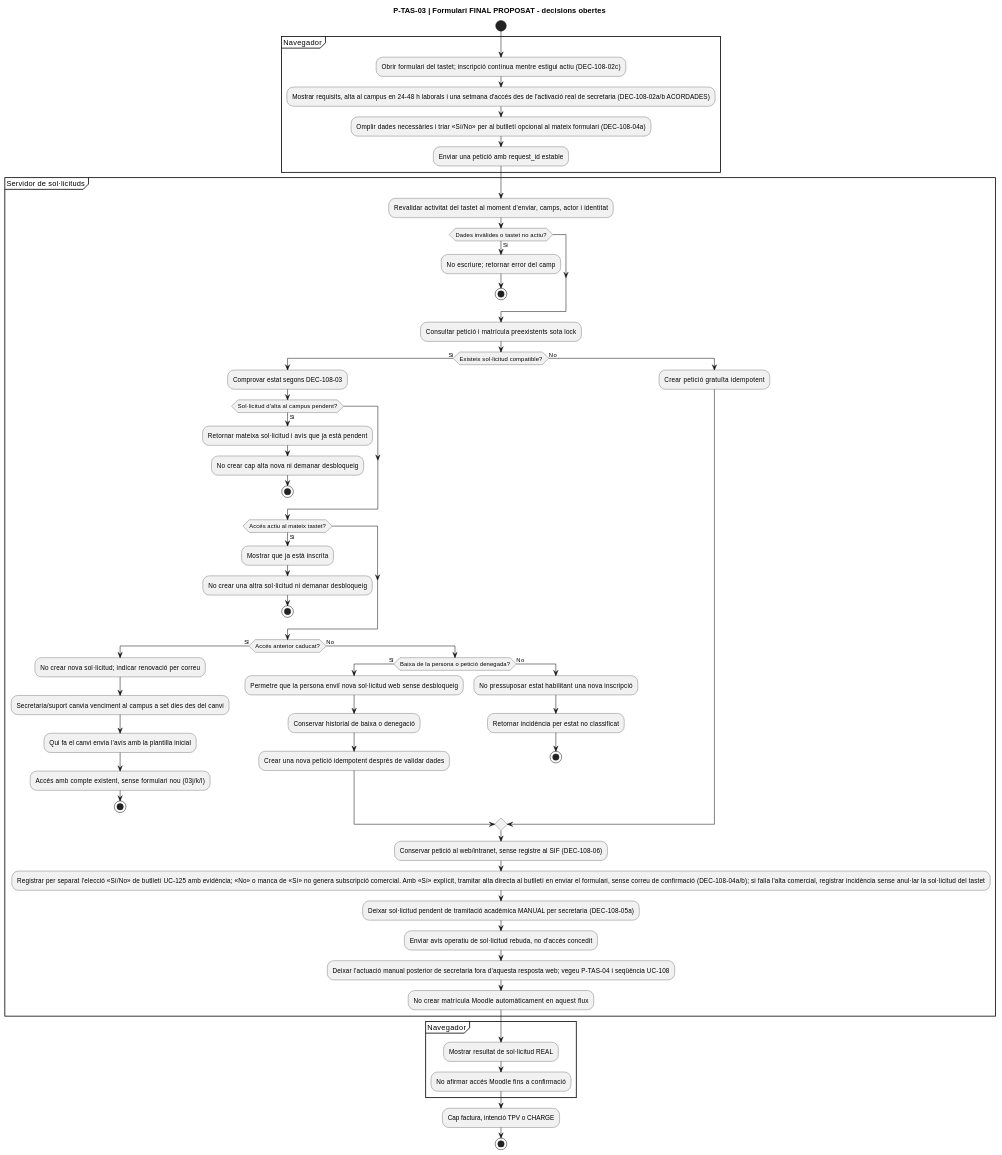
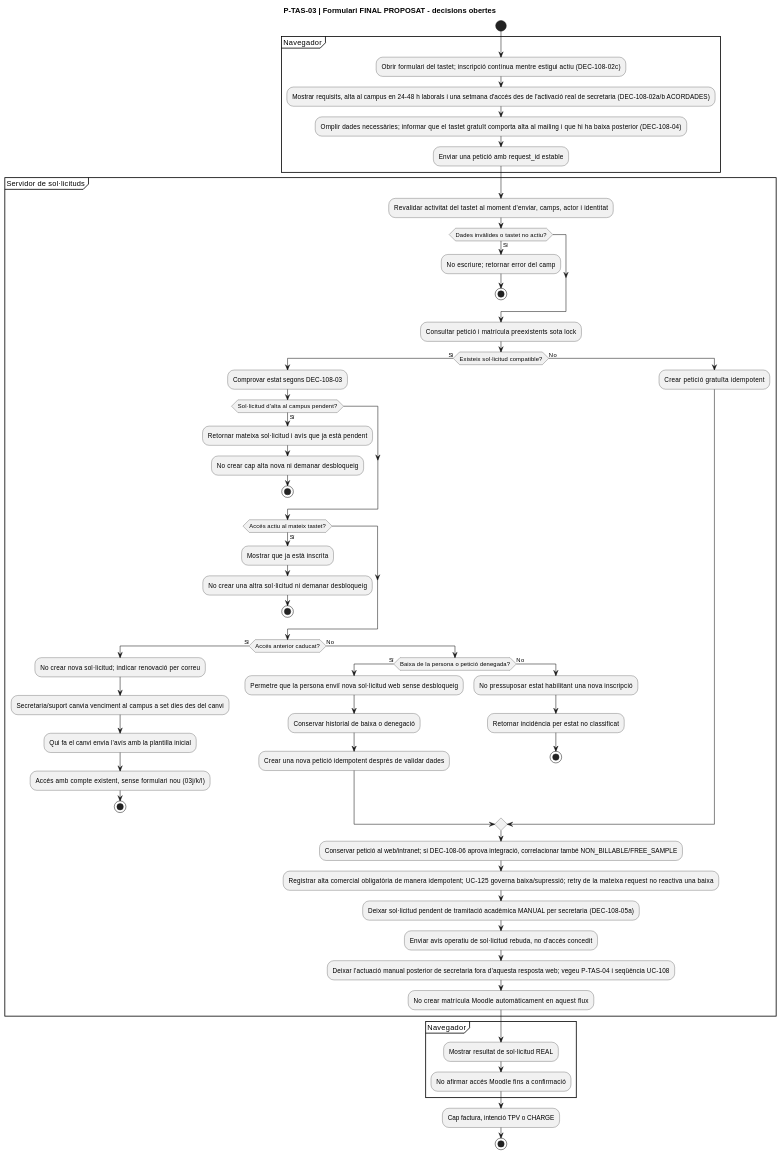
Diagram 16 of 32 in documentacio/07-uml-integrat/uc-108-activitats-pagines-tastets-actual-final.md (orgmeriemprismacat-del/verifactu), drawn with PlantUML before and after one commit. The commit also changed other lines of this file, not shown here.

Commit message:
docs(uc-108): sincronitzar activitats ACTUAL FINAL amb decisions vigents

````diff
--- a/documentacio/07-uml-integrat/uc-108-activitats-pagines-tastets-actual-final.md
+++ b/documentacio/07-uml-integrat/uc-108-activitats-pagines-tastets-actual-final.md
@@ -369,64 +374,64 @@
 ```plantuml
 @startuml
 title P-TAS-03 | Formulari FINAL PROPOSAT - decisions obertes
 start
 partition "Navegador" {
   :Obrir formulari del tastet; inscripció contínua mentre estigui actiu (DEC-108-02c);
   :Mostrar requisits, alta al campus en 24–48 h laborals i una setmana d'accés des de l'activació real de secretaria (DEC-108-02a/b ACORDADES);
-  :Omplir dades necessàries i triar «Sí/No» per al butlletí opcional al mateix formulari (DEC-108-04a);
+  :Omplir dades necessàries; informar que el tastet gratuït comporta alta al mailing i que hi ha baixa posterior (DEC-108-04);
   :Enviar una petició amb request_id estable;
 }
 partition "Servidor de sol·licituds" {
   :Revalidar activitat del tastet al moment d'enviar, camps, actor i identitat;
   if (Dades invàlides o tastet no actiu?) then (Sí)
     :No escriure; retornar error del camp;
     stop
   endif
   :Consultar petició i matrícula preexistents sota lock;
   if (Existeix sol·licitud compatible?) then (Sí)
     :Comprovar estat segons DEC-108-03;
     if (Sol·licitud d'alta al campus pendent?) then (Sí)
       :Retornar mateixa sol·licitud i avís que ja està pendent;
       :No crear cap alta nova ni demanar desbloqueig;
       stop
     endif
     if (Accés actiu al mateix tastet?) then (Sí)
       :Mostrar que ja està inscrita;
       :No crear una altra sol·licitud ni demanar desbloqueig;
       stop
     endif
     if (Accés anterior caducat?) then (Sí)
       :No crear nova sol·licitud; indicar renovació per correu;
       :Secretaria/suport canvia venciment al campus a set dies des del canvi;
       :Qui fa el canvi envia l’avís amb la plantilla inicial;
       :Accés amb compte existent, sense formulari nou (03j/k/l);
       stop
     else (No)
       if (Baixa de la persona o petició denegada?) then (Sí)
         :Permetre que la persona enviï nova sol·licitud web sense desbloqueig;
         :Conservar historial de baixa o denegació;
         :Crear una nova petició idempotent després de validar dades;
       else (No)
         :No pressuposar estat habilitant una nova inscripció;
         :Retornar incidència per estat no classificat;
         stop
       endif
     endif
   else (No)
     :Crear petició gratuïta idempotent;
   endif
-  :Conservar petició al web/intranet, sense registre al SIF (DEC-108-06);
-  :Registrar per separat l'elecció «Sí/No» de butlletí UC-125 amb evidència; «No» o manca de «Sí» no genera subscripció comercial. Amb «Sí» explícit, tramitar alta directa al butlletí en enviar el formulari, sense correu de confirmació (DEC-108-04a/b); si falla l'alta comercial, registrar incidència sense anul·lar la sol·licitud del tastet;
+  :Conservar petició al web/intranet; si DEC-108-06 aprova integració, correlacionar també NON_BILLABLE/FREE_SAMPLE;
+  :Registrar alta comercial obligatòria de manera idempotent; UC-125 governa baixa/supressió; retry de la mateixa request no reactiva una baixa;
   :Deixar sol·licitud pendent de tramitació acadèmica MANUAL per secretaria (DEC-108-05a);
   :Enviar avís operatiu de sol·licitud rebuda, no d'accés concedit;
   :Deixar l’actuació manual posterior de secretaria fora d’aquesta resposta web; vegeu P-TAS-04 i seqüència UC-108;
   :No crear matrícula Moodle automàticament en aquest flux;
 }
 partition "Navegador" {
   :Mostrar resultat de sol·licitud REAL;
   :No afirmar accés Moodle fins a confirmació;
 }
 :Cap factura, intenció TPV o CHARGE;
 stop
 @enduml
 ```
````
